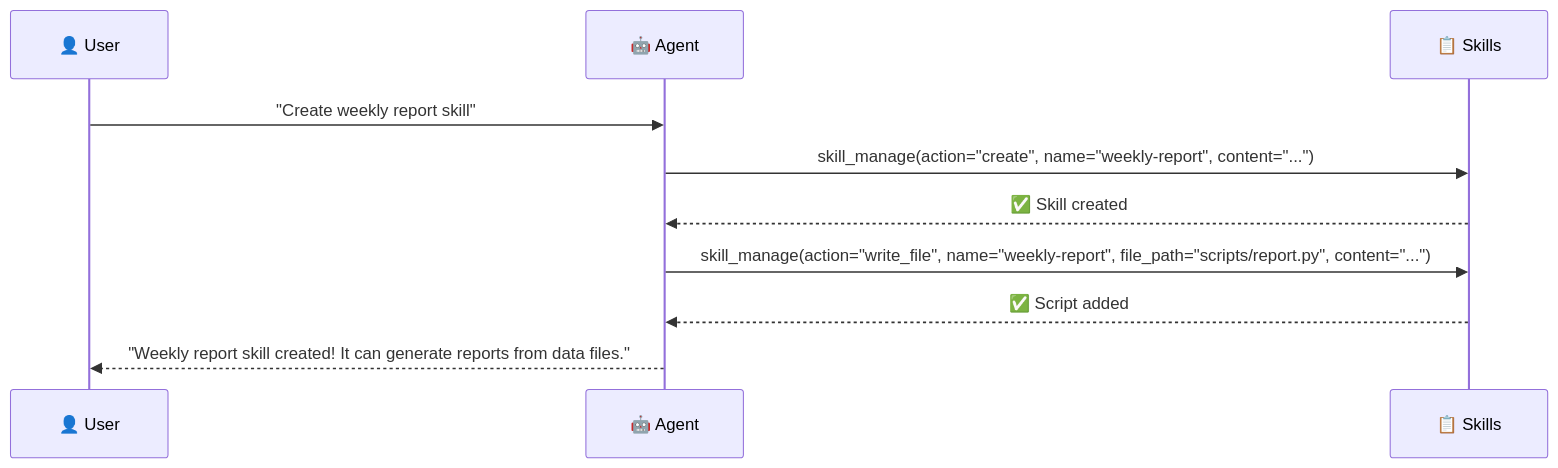
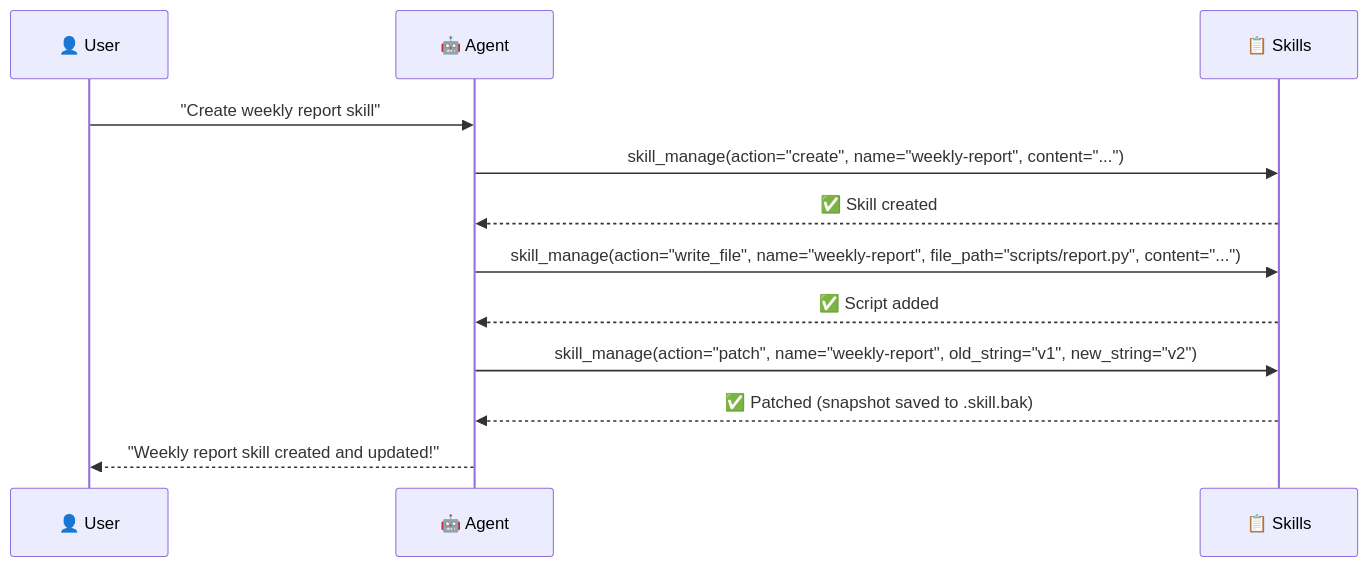
One commit to MervinPraison/PraisonAIDocs changed the second of 2 diagrams in docs/features/skill-manage.mdx. Above: the diagram before and after it, drawn with Mermaid. The commit also changed other lines of this file and 2 other files, not shown here.

````diff
--- a/docs/features/skill-manage.mdx
+++ b/docs/features/skill-manage.mdx
@@ -65,12 +85,14 @@
 ```mermaid
 sequenceDiagram
     participant U as 👤 User
     participant A as 🤖 Agent
     participant S as 📋 Skills
     U->>A: "Create weekly report skill"
     A->>S: skill_manage(action="create", name="weekly-report", content="...")
     S-->>A: ✅ Skill created
     A->>S: skill_manage(action="write_file", name="weekly-report", file_path="scripts/report.py", content="...")
     S-->>A: ✅ Script added
-    A-->>U: "Weekly report skill created! It can generate reports from data files."
+    A->>S: skill_manage(action="patch", name="weekly-report", old_string="v1", new_string="v2")
+    S-->>A: ✅ Patched (snapshot saved to .skill.bak)
+    A-->>U: "Weekly report skill created and updated!"
 ```
````
